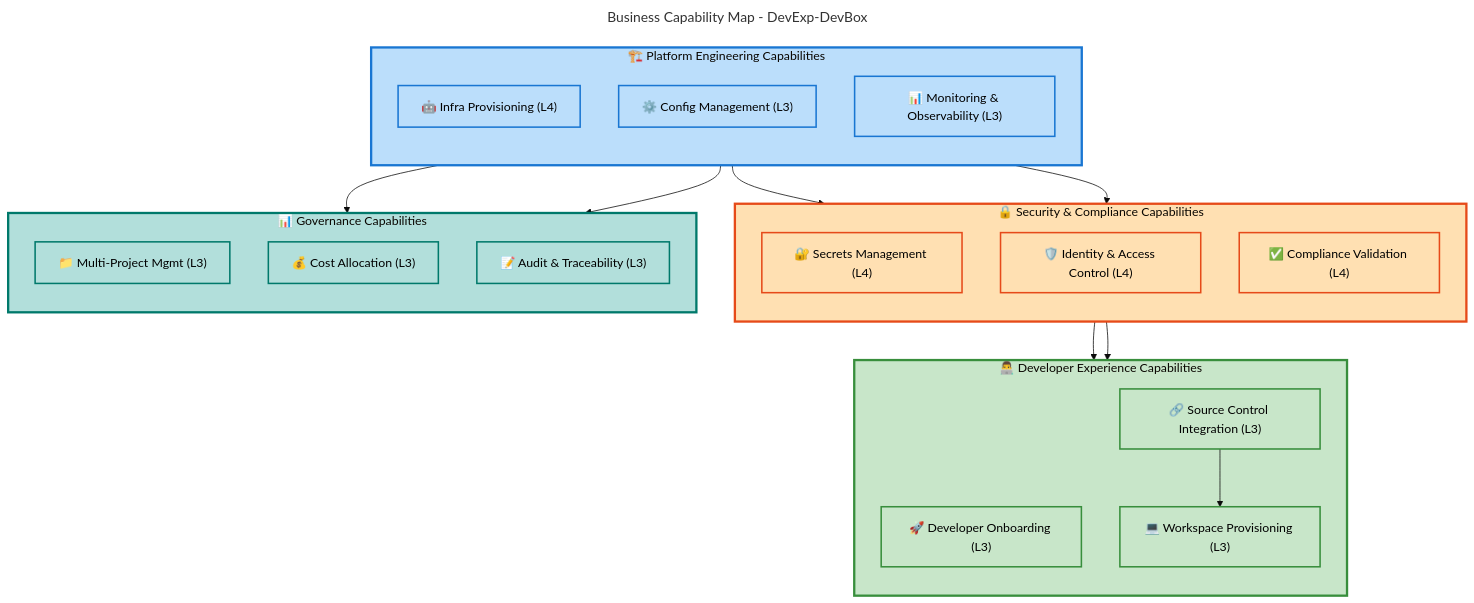
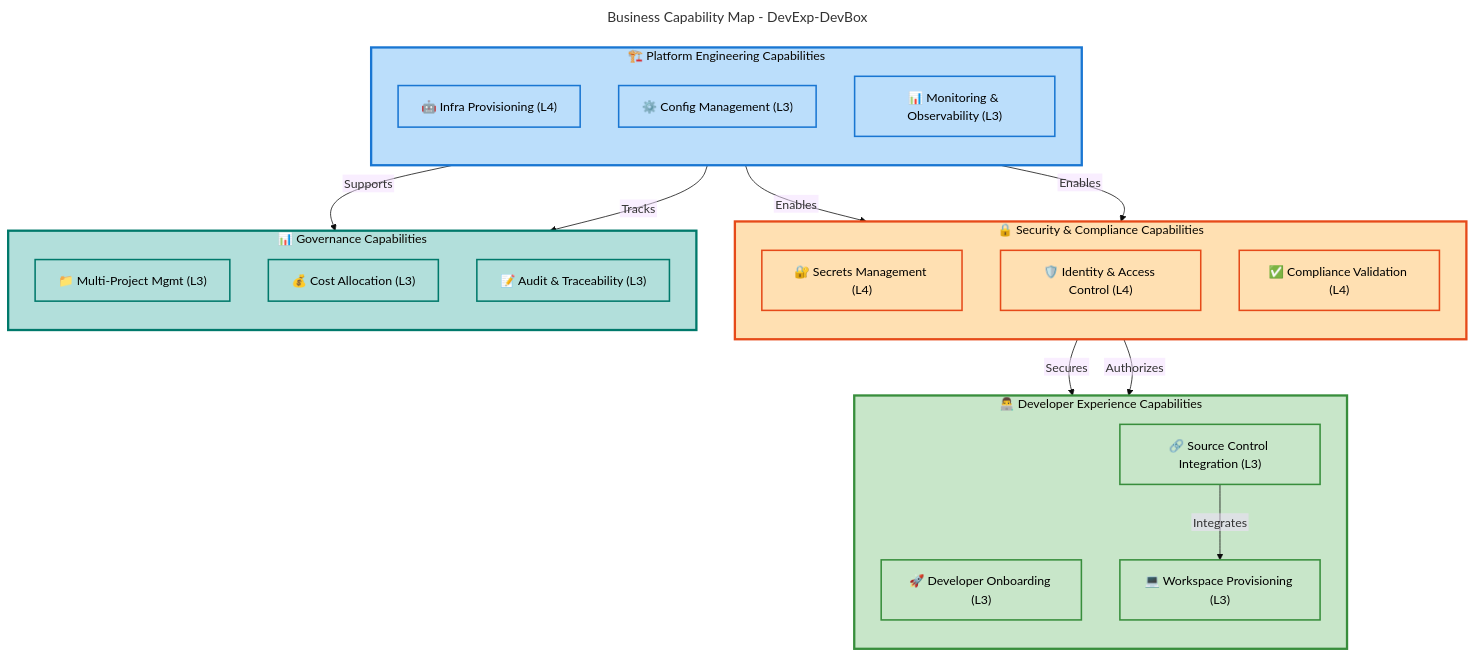
The second of 5 diagrams in docs/Business-Architecture-BDAT.md (Evilazaro/DevExp-DevBox), drawn with Mermaid before and after one commit. The commit also changed other lines of this file, not shown here.

Commit message:
Refine flowchart connections in Business Architecture Document for improved clarity and understanding

````diff
--- a/docs/Business-Architecture-BDAT.md
+++ b/docs/Business-Architecture-BDAT.md
@@ -309,66 +309,66 @@
 ```mermaid
 ---
 title: Business Capability Map - DevExp-DevBox
 config:
   theme: base
   flowchart:
     htmlLabels: false
 ---
 flowchart TB
     accTitle: Business Capability Map showing hierarchical capabilities
     accDescr: Structured view of core business capabilities organized by functional domain
 
     %% STANDARD COLOR SCHEME v2.1 - Material Design 3
     %% Hierarchical Colors (Structural Nesting)
     classDef level1Group fill:#E8EAF6,stroke:#3F51B5,stroke-width:3px,color:#000
     classDef level2Group fill:#C5CAE9,stroke:#3F51B5,stroke-width:2px,color:#000
 
     %% Semantic Colors (Functional Content - 100-level shades)
     classDef mdBlue fill:#BBDEFB,stroke:#1976D2,stroke-width:2px,color:#000
     classDef mdGreen fill:#C8E6C9,stroke:#388E3C,stroke-width:2px,color:#000
     classDef mdOrange fill:#FFE0B2,stroke:#E64A19,stroke-width:2px,color:#000
     classDef mdTeal fill:#B2DFDB,stroke:#00796B,stroke-width:2px,color:#000
 
     subgraph platform["🏗️ Platform Engineering Capabilities"]
         direction TB
         infra["🤖 Infra Provisioning (L4)"]:::mdBlue
         config["⚙️ Config Management (L3)"]:::mdBlue
         monitor["📊 Monitoring & Observability (L3)"]:::mdBlue
     end
 
     subgraph security["🔒 Security & Compliance Capabilities"]
         direction TB
         secrets["🔐 Secrets Management (L4)"]:::mdOrange
         rbac["🛡️ Identity & Access Control (L4)"]:::mdOrange
         compliance["✅ Compliance Validation (L4)"]:::mdOrange
     end
 
     subgraph developer["👨‍💻 Developer Experience Capabilities"]
         direction TB
         onboard["🚀 Developer Onboarding (L3)"]:::mdGreen
         source["🔗 Source Control Integration (L3)"]:::mdGreen
         workspace["💻 Workspace Provisioning (L3)"]:::mdGreen
     end
 
     subgraph governance["📊 Governance Capabilities"]
         direction TB
         multi["📁 Multi-Project Mgmt (L3)"]:::mdTeal
         cost["💰 Cost Allocation (L3)"]:::mdTeal
         audit["📝 Audit & Traceability (L3)"]:::mdTeal
     end
 
-    infra --> secrets
-    infra --> rbac
-    config --> multi
-    secrets --> onboard
-    rbac --> workspace
-    monitor --> audit
-    source --> workspace
+    infra -->|"Enables"| secrets
+    infra -->|"Enables"| rbac
+    config -->|"Supports"| multi
+    secrets -->|"Secures"| onboard
+    rbac -->|"Authorizes"| workspace
+    monitor -->|"Tracks"| audit
+    source -->|"Integrates"| workspace
 
     style platform fill:#BBDEFB,stroke:#1976D2,stroke-width:3px
     style security fill:#FFE0B2,stroke:#E64A19,stroke-width:3px
     style developer fill:#C8E6C9,stroke:#388E3C,stroke-width:3px
     style governance fill:#B2DFDB,stroke:#00796B,stroke-width:3px
 
     %% Accessibility: WCAG AA verified (4.5:1 contrast ratio)
 ```
````
